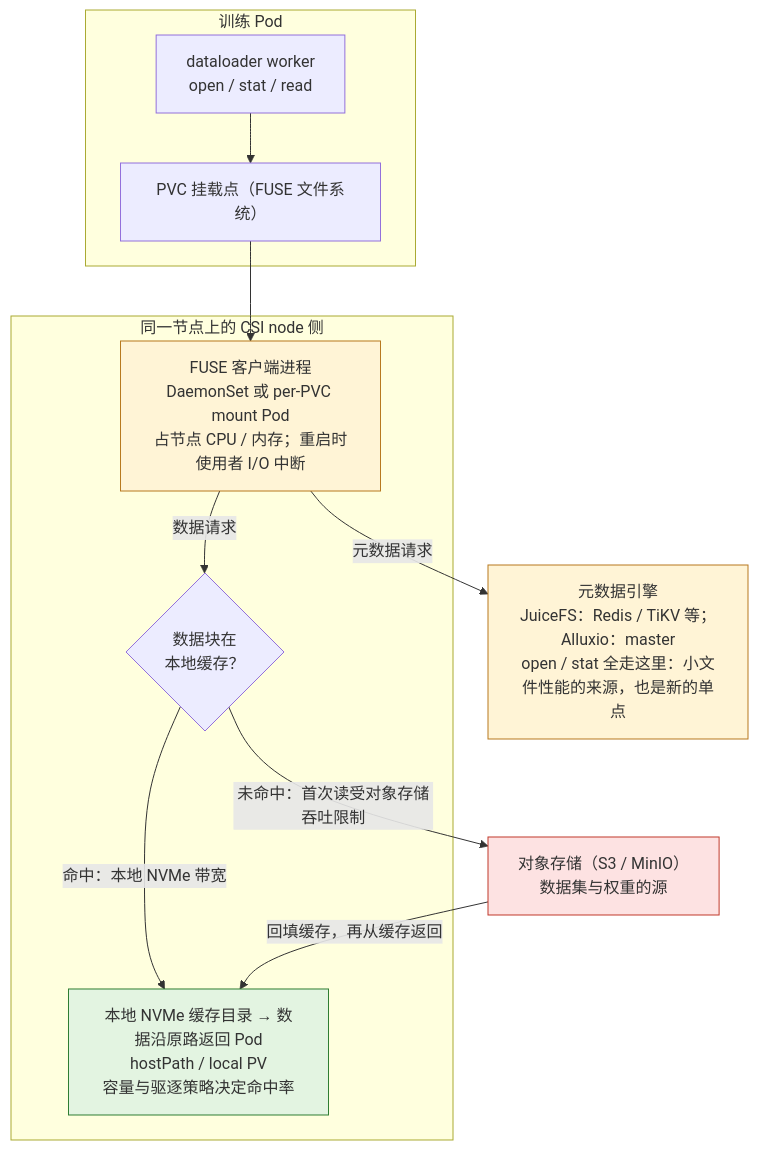
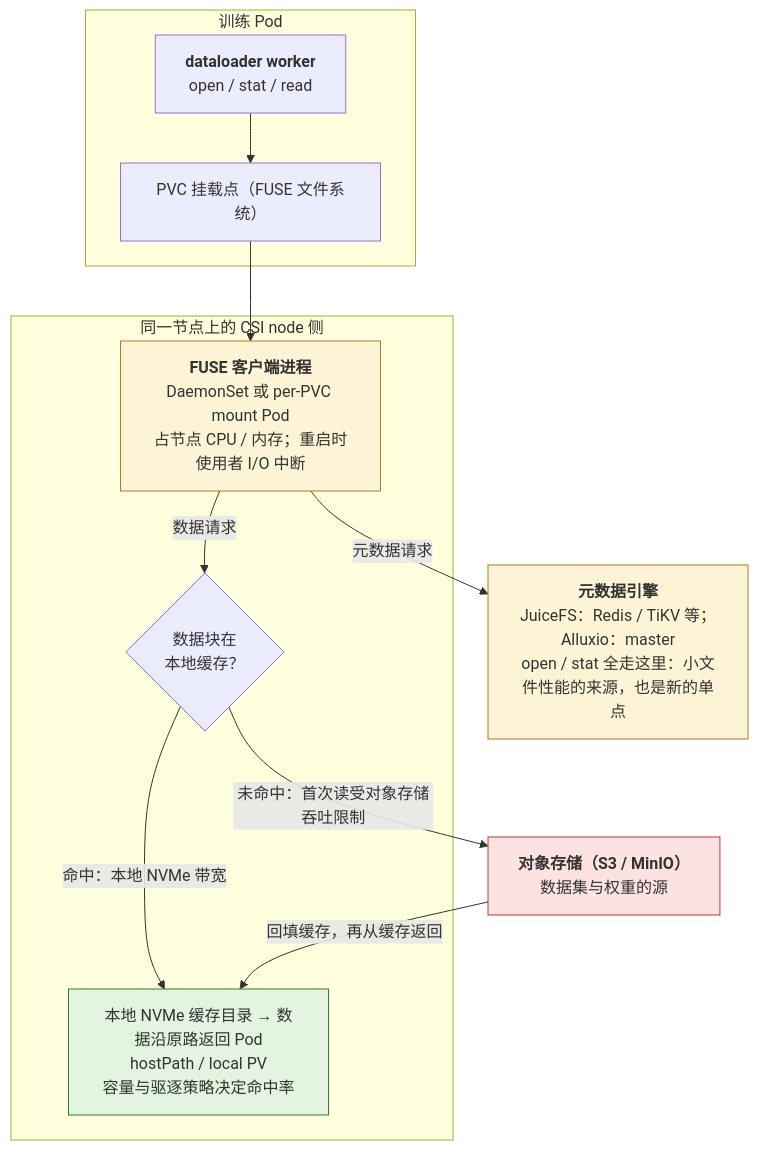
Before and after one commit to arganzheng/arganzheng.github.com: the fourth of 4 diagrams in _posts/2026-09-19-rdma-networking-storage-and-checkpoint-io.md, drawn with Mermaid. The commit also changed other lines of this file and 8 other files, not shown here.

First line of the commit message:
AI 平台工程：资源层与交付层：Mermaid 多行方框的首行标为标题（9 篇）

````diff
--- a/_posts/2026-09-19-rdma-networking-storage-and-checkpoint-io.md
+++ b/_posts/2026-09-19-rdma-networking-storage-and-checkpoint-io.md
@@ -690,29 +690,29 @@
 ```mermaid
 %% 图：缓存层文件系统里一次 read() 的路径：FUSE 客户端分元数据与数据两条路，数据再按本地缓存命中与否分两条
 flowchart TB
     subgraph podside["训练 Pod"]
-        DL["dataloader worker<br/>open / stat / read"]
+        DL["<b>dataloader worker</b><br/>open / stat / read"]
         Mount["PVC 挂载点（FUSE 文件系统）"]
     end
     subgraph nodeside["同一节点上的 CSI node 侧"]
-        FUSE["FUSE 客户端进程<br/>DaemonSet 或 per-PVC mount Pod<br/>占节点 CPU / 内存；重启时使用者 I/O 中断"]
+        FUSE["<b>FUSE 客户端进程</b><br/>DaemonSet 或 per-PVC mount Pod<br/>占节点 CPU / 内存；重启时使用者 I/O 中断"]
         Hit{"数据块在<br/>本地缓存？"}
         Cache["本地 NVMe 缓存目录 → 数据沿原路返回 Pod<br/>hostPath / local PV<br/>容量与驱逐策略决定命中率"]
     end
-    Meta["元数据引擎<br/>JuiceFS：Redis / TiKV 等；Alluxio：master<br/>open / stat 全走这里：小文件性能的来源，也是新的单点"]
-    Obj["对象存储（S3 / MinIO）<br/>数据集与权重的源"]
+    Meta["<b>元数据引擎</b><br/>JuiceFS：Redis / TiKV 等；Alluxio：master<br/>open / stat 全走这里：小文件性能的来源，也是新的单点"]
+    Obj["<b>对象存储（S3 / MinIO）</b><br/>数据集与权重的源"]
 
     DL --> Mount --> FUSE
     FUSE -- "元数据请求" --> Meta
     FUSE -- "数据请求" --> Hit
     Hit -- "命中：本地 NVMe 带宽" --> Cache
     Hit -- "未命中：首次读受对象存储吞吐限制" --> Obj
     Obj -- "回填缓存，再从缓存返回" --> Cache
 
     classDef hot fill:#e3f4e1,stroke:#2e7d32;
     classDef cold fill:#fde2e2,stroke:#c0392b;
     classDef spof fill:#fff4d6,stroke:#b7791f;
     class Cache hot;
     class Obj cold;
     class Meta,FUSE spof;
 ```
````
